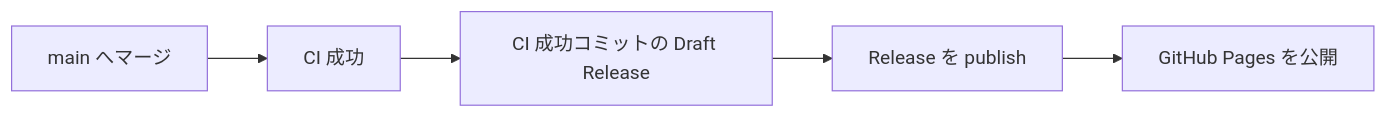
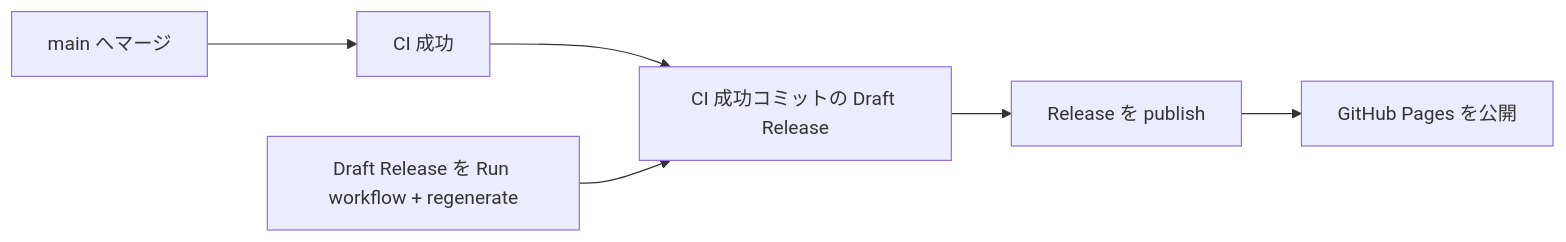
One commit to Mushus/blender-addons changed the diagram in CONTRIBUTING.md. Above: the diagram before and after it, drawn with Mermaid. The commit also changed other lines of this file and 2 other files, not shown here.

````diff
--- a/CONTRIBUTING.md
+++ b/CONTRIBUTING.md
@@ -102,7 +102,8 @@
 ```mermaid
 flowchart LR
   main["main へマージ"] --> ci["CI 成功"]
   ci --> draft["Draft Release 作成"]
   draft["CI 成功コミットの Draft Release"] --> publish["Release を publish"]
   publish --> pages["GitHub Pages を公開"]
+  recover["Draft Release を Run workflow + regenerate"] --> draft
 ```
````
